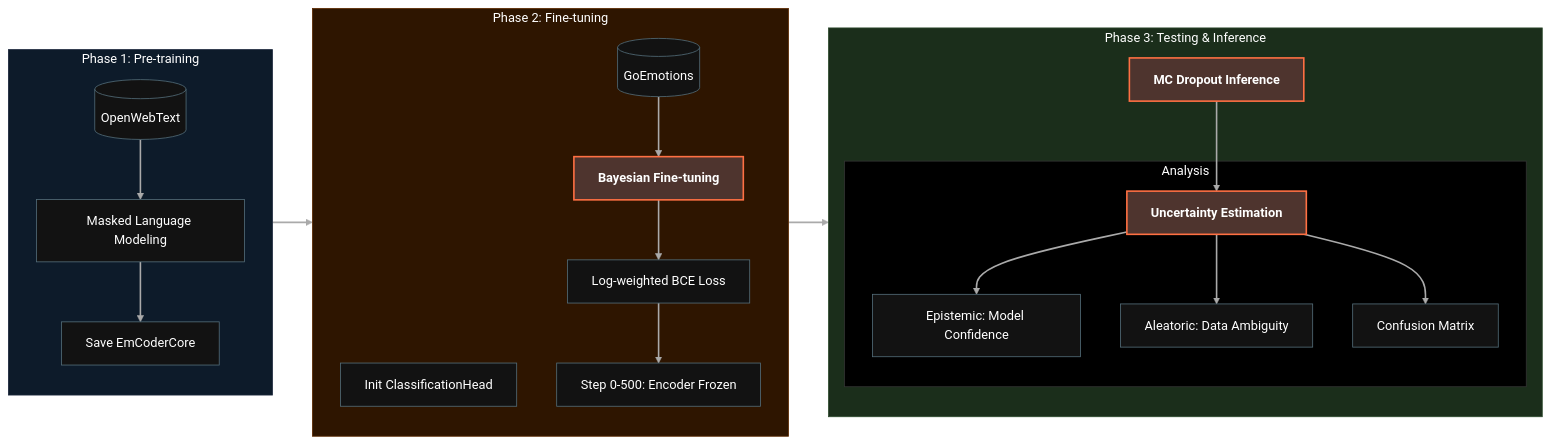
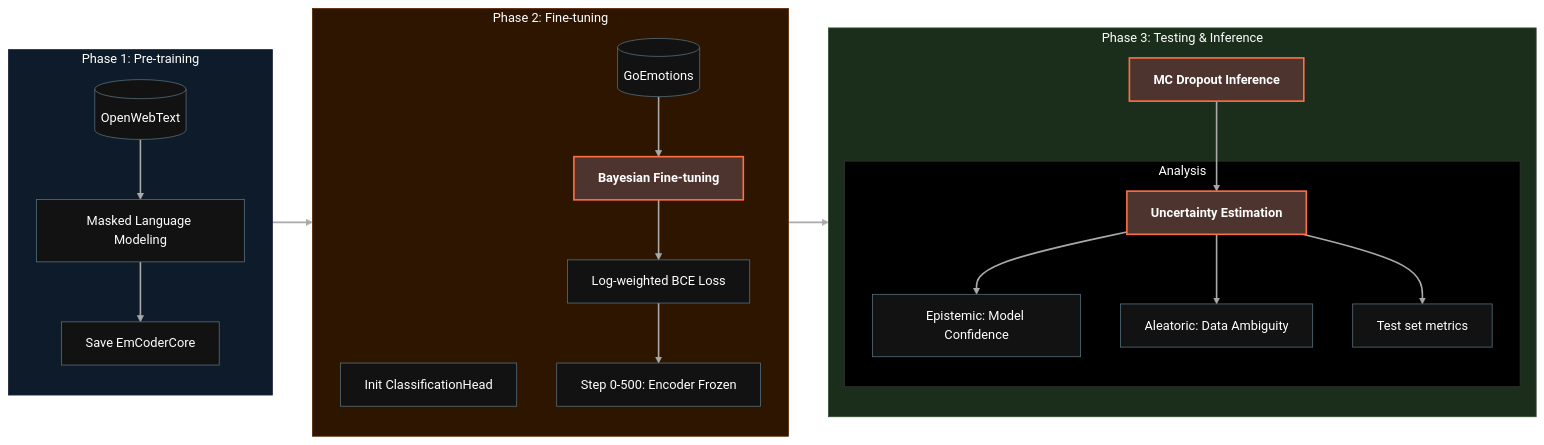
Before and after one commit to yezdata/emcoder_train: the second of 2 diagrams in README.md, drawn with Mermaid (neutral theme). The commit also changed other lines of this file and 74 other files, not shown here.

````diff
--- a/README.md
+++ b/README.md
@@ -73,38 +170,38 @@
 ```mermaid
 flowchart LR
     classDef StageNode fill:#121212,stroke:#546e7a,color:#fff;
     classDef HighlightNode fill:#4e342e,stroke:#ff7043,stroke-width:2px,color:#fff,font-weight:bold;
 
     subgraph PT ["Phase 1: Pre-training"]
         direction TB
         OWT[(OpenWebText)]:::StageNode --> MLM[Masked Language Modeling]:::StageNode
         MLM --> Core[Save EmCoderCore]:::StageNode
     end
 
     subgraph FT ["Phase 2: Fine-tuning"]
         direction TB
         Core --> Init[Init ClassificationHead]:::StageNode
         GE[(GoEmotions)]:::StageNode --> WBT[Bayesian Fine-tuning]:::HighlightNode
         WBT --> LogW[Log-weighted BCE Loss]:::StageNode
         LogW --> Freeze[Step 0-500: Encoder Frozen]:::StageNode
     end
 
     subgraph EV ["Phase 3: Testing & Inference"]
         direction TB
         Freeze --> MCD[MC Dropout Inference]:::HighlightNode
         MCD --> Unc[Uncertainty Estimation]:::HighlightNode
         
         subgraph Metrics ["Analysis"]
             Unc --> EPI[Epistemic: Model Confidence]:::StageNode
             Unc --> ALE[Aleatoric: Data Ambiguity]:::StageNode
-            Unc --> CM[Confusion Matrix]:::StageNode
+            Unc --> CM[Test set metrics]:::StageNode
         end
     end
 
     style PT fill:#0d1b2a,stroke:#1b263b,color:#fff
     style FT fill:#2e1500,stroke:#5d2a00,color:#fff
     style EV fill:#1b2e1b,stroke:#2d4a2d,color:#fff
     style Metrics fill:#000,stroke:#333,color:#fff
 
     linkStyle default stroke:#aaa,stroke-width:2px;
 ```
````
